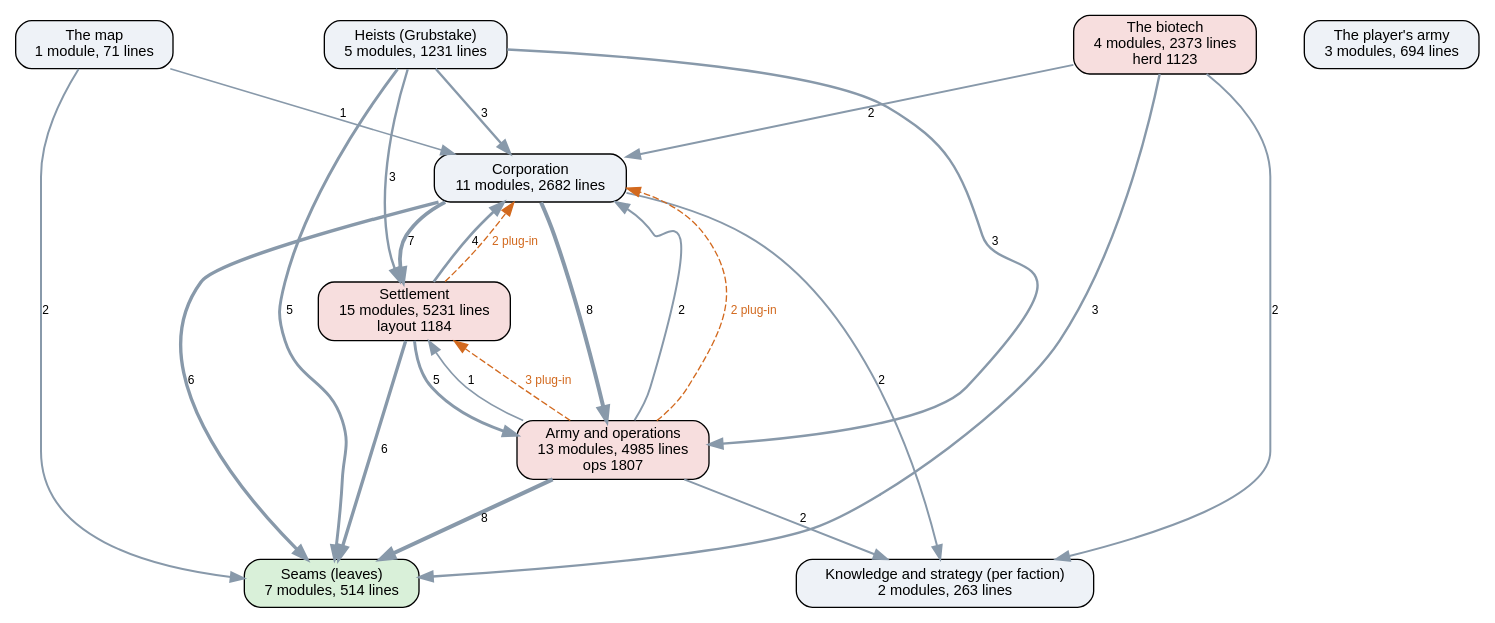
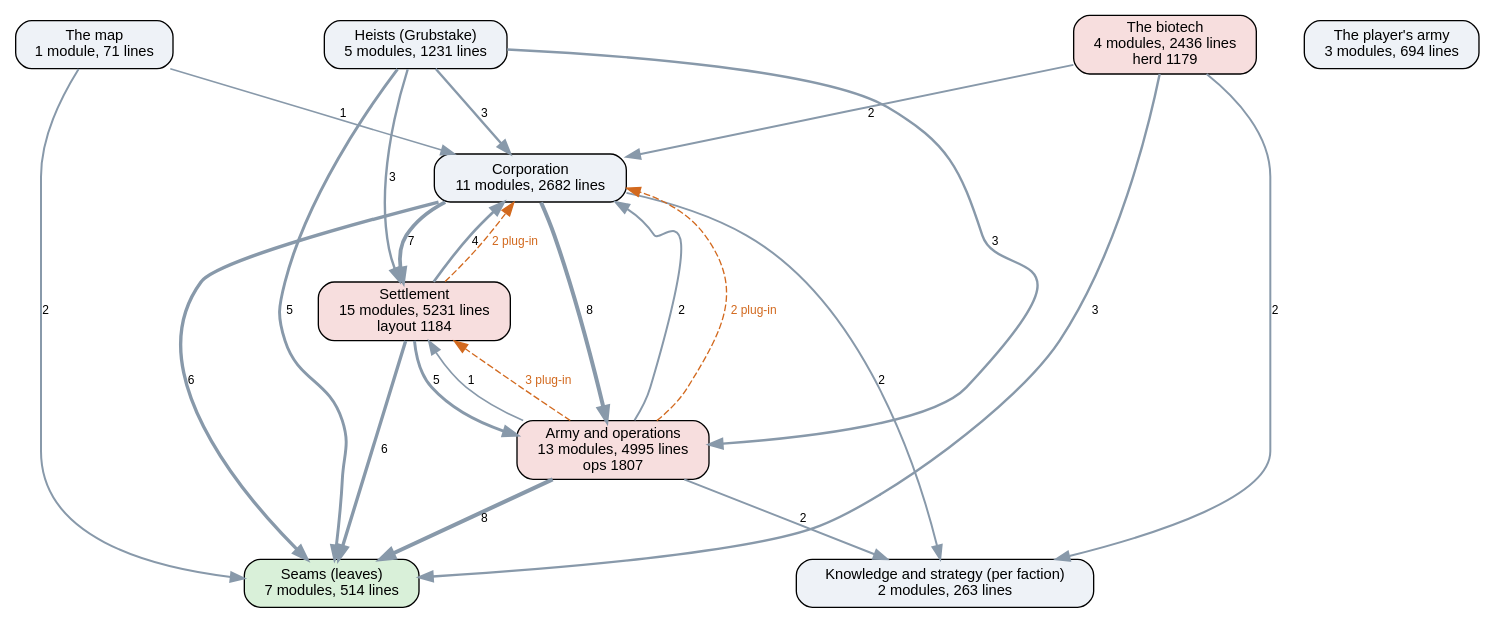
One commit to kinelhu/landing-party changed the diagram in docs/ai-layers.dot. Above: the diagram before and after it, drawn with Graphviz. The commit also changed 77 other files, not shown here.

First line of the commit message:
Docs: the field guide with the scout and runt (portraits retaken), the AI graph regenerated (check.sh was failing on it), docs/system.md for 0.2.15 (fresh maps 19 of 20 targets)

```diff
--- a/docs/ai-layers.dot
+++ b/docs/ai-layers.dot
@@ -1,37 +1,37 @@
 digraph layers {
   graph [rankdir=TB, fontname="Helvetica", nodesep=0.5, ranksep=0.7];
   node [shape=box, style="rounded,filled", fontname="Helvetica", fontsize=11, fillcolor="#eef2f7"];
   edge [color="#8899aa", fontname="Helvetica", fontsize=9];
   "Seams (leaves)" [label="Seams (leaves)\n7 modules, 514 lines", fillcolor="#d9f0d9"];
   "Knowledge and strategy (per faction)" [label="Knowledge and strategy (per faction)\n2 modules, 263 lines", fillcolor="#eef2f7"];
   "Corporation" [label="Corporation\n11 modules, 2682 lines", fillcolor="#eef2f7"];
   "Settlement" [label="Settlement\n15 modules, 5231 lines\nlayout 1184", fillcolor="#f7dede"];
-  "Army and operations" [label="Army and operations\n13 modules, 4985 lines\nops 1807", fillcolor="#f7dede"];
+  "Army and operations" [label="Army and operations\n13 modules, 4995 lines\nops 1807", fillcolor="#f7dede"];
   "Heists (Grubstake)" [label="Heists (Grubstake)\n5 modules, 1231 lines", fillcolor="#eef2f7"];
-  "The biotech" [label="The biotech\n4 modules, 2373 lines\nherd 1123", fillcolor="#f7dede"];
+  "The biotech" [label="The biotech\n4 modules, 2436 lines\nherd 1179", fillcolor="#f7dede"];
   "The map" [label="The map\n1 module, 71 lines", fillcolor="#eef2f7"];
   "The player's army" [label="The player's army\n3 modules, 694 lines", fillcolor="#eef2f7"];
   "Army and operations" -> "Corporation" [label="2", penwidth=1.5];
   "Army and operations" -> "Knowledge and strategy (per faction)" [label="2", penwidth=1.5];
   "Army and operations" -> "Seams (leaves)" [label="8", penwidth=3.0];
   "Army and operations" -> "Settlement" [label="1", penwidth=1.2];
   "Corporation" -> "Army and operations" [label="8", penwidth=3.0];
   "Corporation" -> "Knowledge and strategy (per faction)" [label="2", penwidth=1.5];
   "Corporation" -> "Seams (leaves)" [label="6", penwidth=2.5];
   "Corporation" -> "Settlement" [label="7", penwidth=2.8];
   "Heists (Grubstake)" -> "Army and operations" [label="3", penwidth=1.8];
   "Heists (Grubstake)" -> "Corporation" [label="3", penwidth=1.8];
   "Heists (Grubstake)" -> "Seams (leaves)" [label="5", penwidth=2.2];
   "Heists (Grubstake)" -> "Settlement" [label="3", penwidth=1.8];
   "Settlement" -> "Army and operations" [label="5", penwidth=2.2];
   "Settlement" -> "Corporation" [label="4", penwidth=2.0];
   "Settlement" -> "Seams (leaves)" [label="6", penwidth=2.5];
   "The biotech" -> "Corporation" [label="2", penwidth=1.5];
   "The biotech" -> "Knowledge and strategy (per faction)" [label="2", penwidth=1.5];
   "The biotech" -> "Seams (leaves)" [label="3", penwidth=1.8];
   "The map" -> "Corporation" [label="1", penwidth=1.2];
   "The map" -> "Seams (leaves)" [label="2", penwidth=1.5];
   "Army and operations" -> "Corporation" [style=dashed, color="#d2691e", fontcolor="#d2691e", label="2 plug-in"];
   "Army and operations" -> "Settlement" [style=dashed, color="#d2691e", fontcolor="#d2691e", label="3 plug-in"];
   "Settlement" -> "Corporation" [style=dashed, color="#d2691e", fontcolor="#d2691e", label="2 plug-in"];
 }
```
